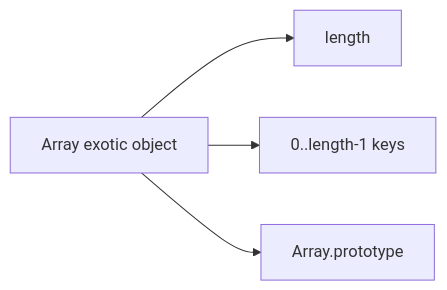
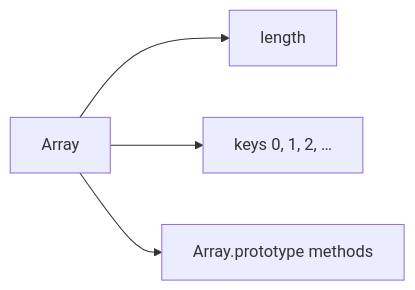
The first of 3 diagrams in docs/javascript/15-arrays.md (prajjwaljogdand/FullstackPreparation), drawn with Mermaid before and after one commit. The commit also changed other lines of this file and 91 other files, not shown here.

````diff
--- a/docs/javascript/15-arrays.md
+++ b/docs/javascript/15-arrays.md
@@ -17,6 +32,6 @@
 ```mermaid
 flowchart LR
-  arr["Array exotic object"] --> len["length"]
-  arr --> idx["0..length-1 keys"]
-  arr --> proto["Array.prototype"]
+  arr["Array"] --> len["length"]
+  arr --> idx["keys 0, 1, 2, …"]
+  arr --> proto["Array.prototype methods"]
 ```
````
